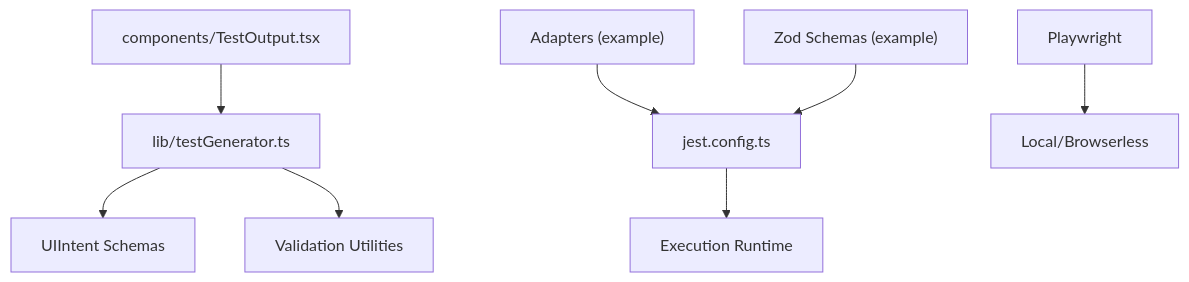
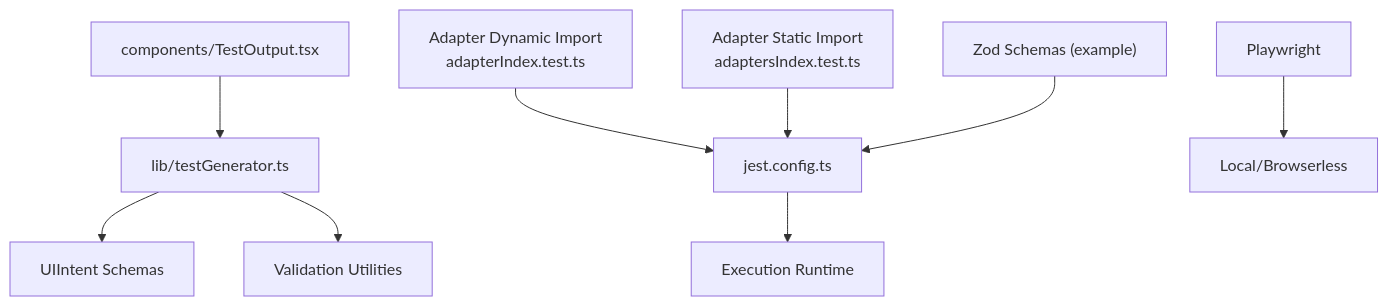
Before and after one commit to shekhargiri005-dotcom/AI-powered-accessibility-first-UI-engine: the tenth of 10 diagrams in .qoder/repowiki/en/content/Live Preview & Development Tools/Testing & Quality Assurance.md, drawn with Mermaid. The commit also changed other lines of this file and 7 other files, not shown here.

````diff
--- a/.qoder/repowiki/en/content/Live Preview & Development Tools/Testing & Quality Assurance.md
+++ b/.qoder/repowiki/en/content/Live Preview & Development Tools/Testing & Quality Assurance.md
@@ -321,10 +376,11 @@
 ```mermaid
 graph TB
 GEN["lib/testGenerator.ts"] --> INTENT["UIIntent Schemas"]
 GEN --> VALID["Validation Utilities"]
 JEST["jest.config.ts"] --> RUNTIME["Execution Runtime"]
 PW["Playwright"] --> BROWSERS["Local/Browserless"]
 TESTOUT["components/TestOutput.tsx"] --> GEN
-ADAPTERS["Adapters (example)"] --> JEST
+ADAPTERS1["Adapter Dynamic Import<br/>adapterIndex.test.ts"] --> JEST
+ADAPTERS2["Adapter Static Import<br/>adaptersIndex.test.ts"] --> JEST
 SCHEMAS["Zod Schemas (example)"] --> JEST
 ```
````
